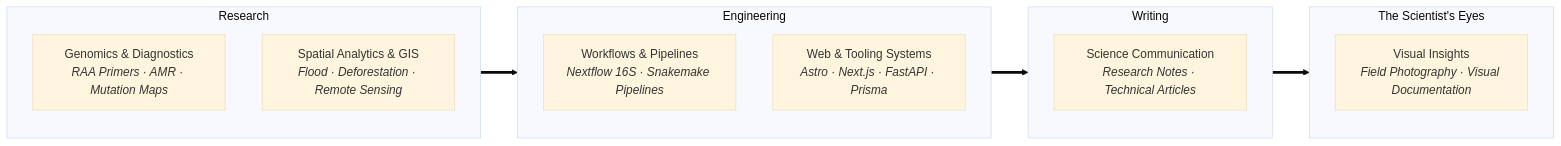
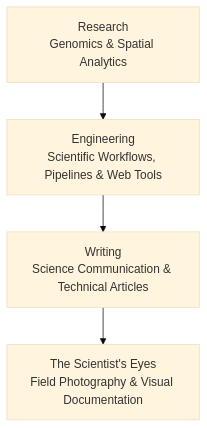
One commit to engkinandatama/engkinandatama changed the diagram in README.md. Above: the diagram before and after it, drawn with Mermaid (base theme).

Commit message:
fix: simplify Mermaid diagram to vertical flow for clean GitHub rendering

````diff
--- a/README.md
+++ b/README.md
@@ -74,26 +74,6 @@
 ```mermaid
-graph LR
-    subgraph P1["Research"]
-        direction TB
-        R1["Genomics & Diagnostics<br/><i>RAA Primers · AMR · Mutation Maps</i>"]
-        R2["Spatial Analytics & GIS<br/><i>Flood · Deforestation · Remote Sensing</i>"]
-    end
-
-    subgraph P2["Engineering"]
-        direction TB
-        E1["Workflows & Pipelines<br/><i>Nextflow 16S · Snakemake Pipelines</i>"]
-        E2["Web & Tooling Systems<br/><i>Astro · Next.js · FastAPI · Prisma</i>"]
-    end
-
-    subgraph P3["Writing"]
-        direction TB
-        W1["Science Communication<br/><i>Research Notes · Technical Articles</i>"]
-    end
-
-    subgraph P4["The Scientist's Eyes"]
-        direction TB
-        S1["Visual Insights<br/><i>Field Photography · Visual Documentation</i>"]
-    end
-
-    P1 ==> P2 ==> P3 ==> P4
+graph TD
+    P1["Research<br/>Genomics & Spatial Analytics"] --> P2["Engineering<br/>Scientific Workflows, Pipelines & Web Tools"]
+    P2 --> P3["Writing<br/>Science Communication & Technical Articles"]
+    P3 --> P4["The Scientist's Eyes<br/>Field Photography & Visual Documentation"]
 ```
````
